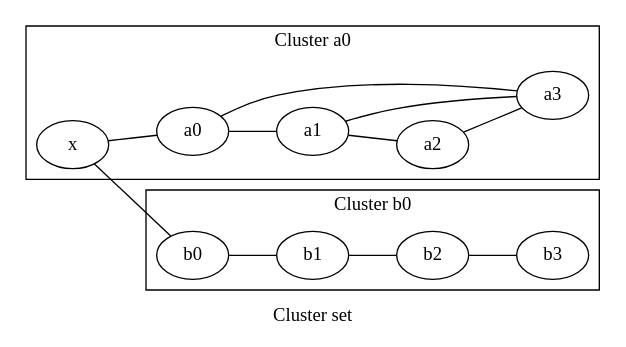
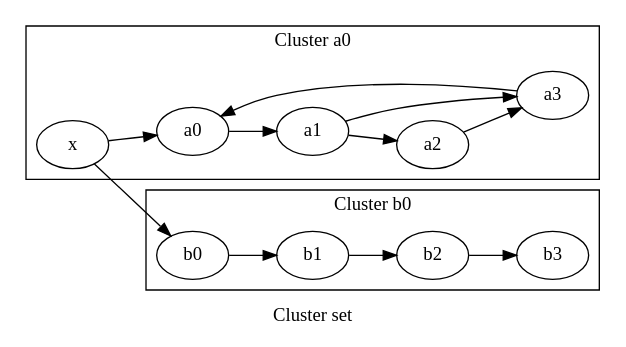
The diagram in data/12.clusters.out.gv (graphviz-perl/GraphViz2-Marpa-PathUtils), drawn with Graphviz before and after one commit. The commit also changed 34 other files, not shown here.

```diff
--- a/data/12.clusters.out.gv
+++ b/data/12.clusters.out.gv
@@ -1,46 +1,46 @@
-graph Perl
+digraph G
 {
 graph [ label="Cluster set" rankdir="LR" ]
 
 subgraph "cluster a0"
 {
 graph [ label="Cluster a0" rankdir="LR" ]
 
 "a0"
 "a1"
-"a0" -- "a1" [ label="" ]
+"a0" -> "a1" [ label="" ]
 "a1"
 "a2"
-"a1" -- "a2" [ label="" ]
+"a1" -> "a2" [ label="" ]
 "a1"
 "a3"
-"a1" -- "a3" [ label="" ]
+"a1" -> "a3" [ label="" ]
 "a2"
 "a3"
-"a2" -- "a3" [ label="" ]
+"a2" -> "a3" [ label="" ]
 "a3"
 "a0"
-"a3" -- "a0" [ label="" ]
+"a3" -> "a0" [ label="" ]
 "x"
 "a0"
-"x" -- "a0" [ label="" ]
+"x" -> "a0" [ label="" ]
 }
 
 subgraph "cluster b0"
 {
 graph [ label="Cluster b0" rankdir="LR" ]
 
 "b0"
 "b1"
-"b0" -- "b1" [ label="" ]
+"b0" -> "b1" [ label="" ]
 "b1"
 "b2"
-"b1" -- "b2" [ label="" ]
+"b1" -> "b2" [ label="" ]
 "b2"
 "b3"
-"b2" -- "b3" [ label="" ]
+"b2" -> "b3" [ label="" ]
 "x"
 "b0"
-"x" -- "b0" [ label="" ]
+"x" -> "b0" [ label="" ]
 }
 }
```
